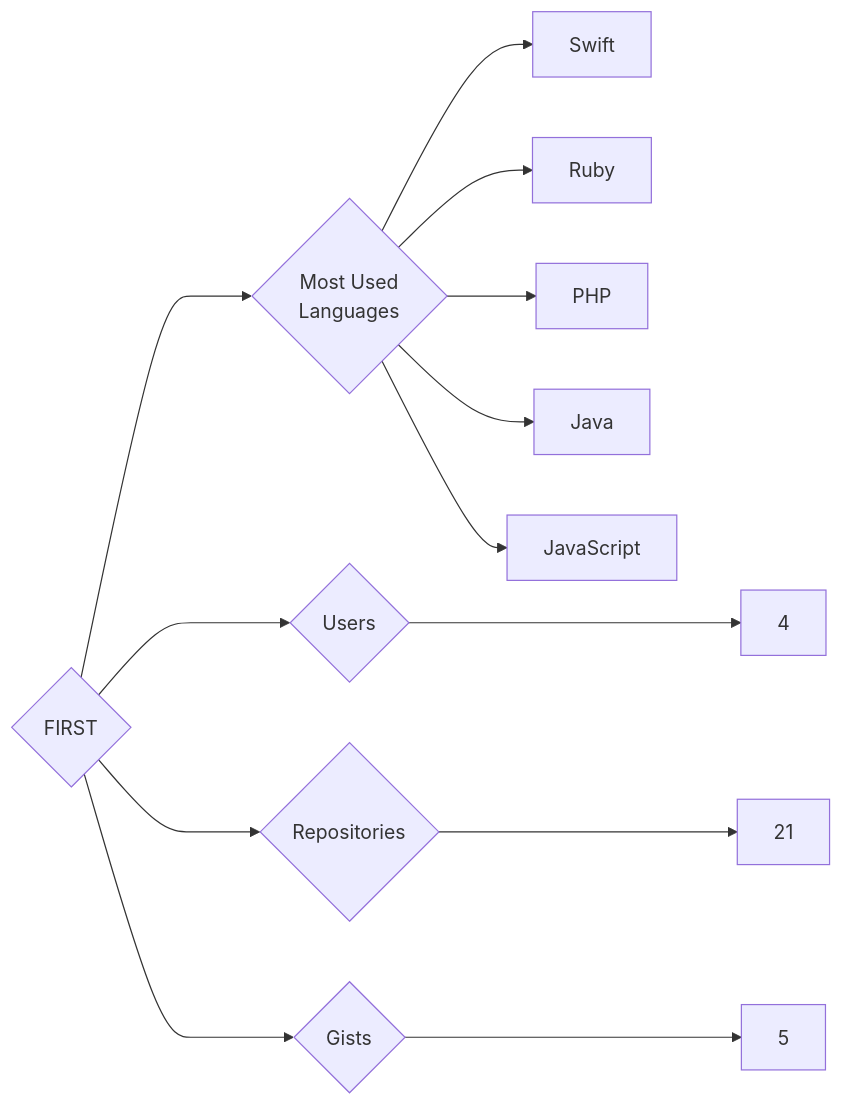
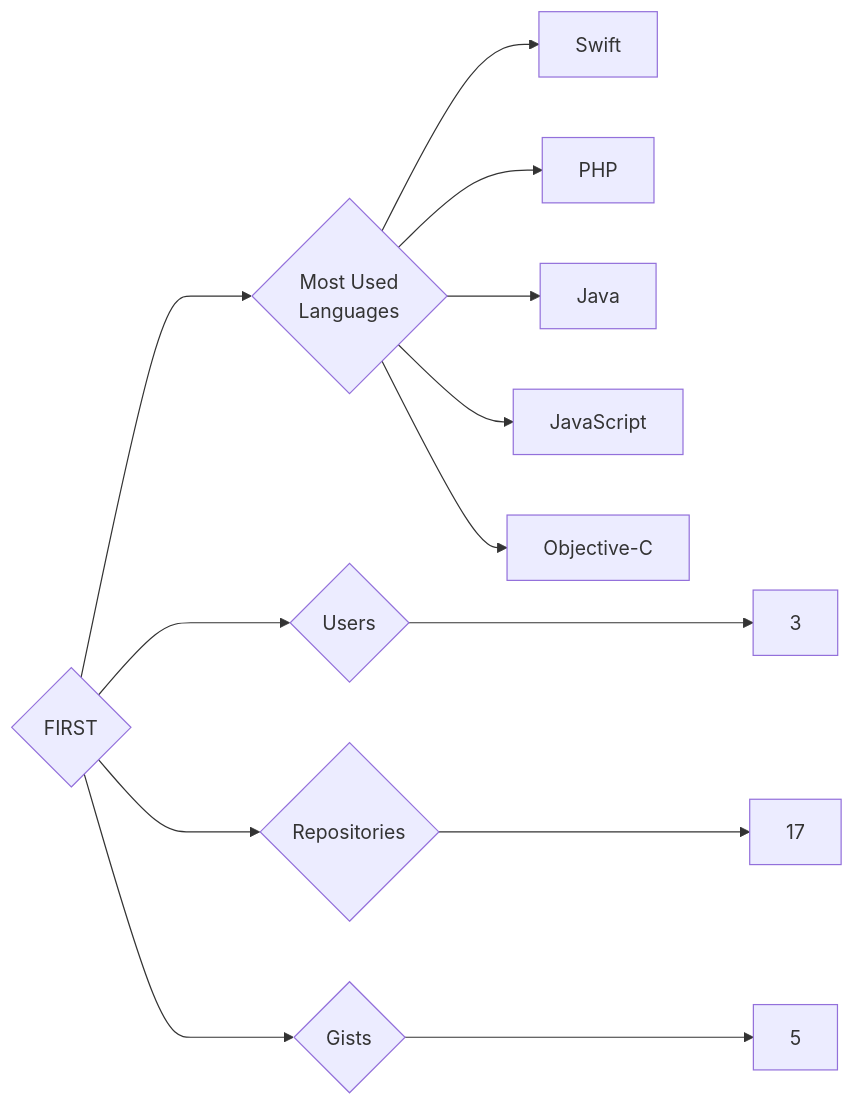
The diagram in targets/FIRST/README.md (trickest/insiders), drawn with Mermaid before and after one commit. The commit also changed 559 other files, not shown here.

````diff
--- a/targets/FIRST/README.md
+++ b/targets/FIRST/README.md
@@ -3,13 +3,13 @@
 ```mermaid
 graph LR
 COMPANY_NAME{FIRST}
-COMPANY_NAME ---> U{Users} ---> UN[4]
-COMPANY_NAME ---> R{Repositories} ---> RN[21]
+COMPANY_NAME ---> U{Users} ---> UN[3]
+COMPANY_NAME ---> R{Repositories} ---> RN[17]
 COMPANY_NAME ---> G{Gists} ---> GN[5]
 COMPANY_NAME ---> ML{Most Used<br>Languages}
 ML --> Swift[Swift]
-ML --> Ruby[Ruby]
 ML --> PHP[PHP]
 ML --> Java[Java]
 ML --> JavaScript[JavaScript]
+ML --> Objective-C[Objective-C]
 ```
````
